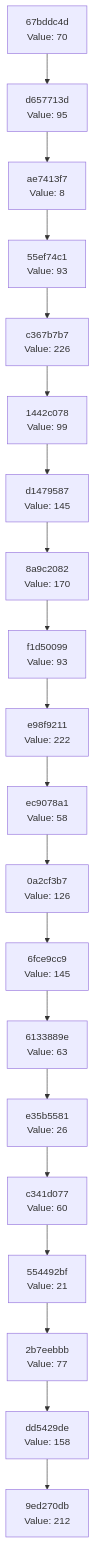
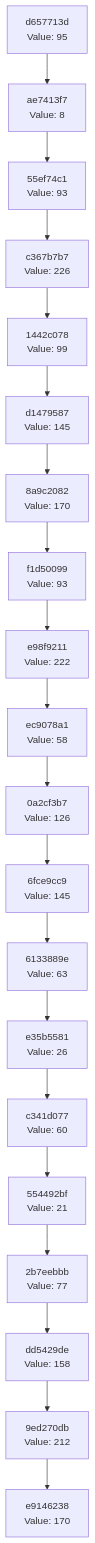
One commit to Abhisheksinha1506/hash-chain-evolver changed the diagram in docs/CHAIN_VISUALIZATION.md. Above: the diagram before and after it, drawn with Mermaid. The commit also changed 3 other files, not shown here.

````diff
--- a/docs/CHAIN_VISUALIZATION.md
+++ b/docs/CHAIN_VISUALIZATION.md
@@ -3,42 +3,42 @@
 ```mermaid
 graph TD
-    C0["9ed270db<br/>Value: 212"]
-    C1["dd5429de<br/>Value: 158"]
+    C0["e9146238<br/>Value: 170"]
+    C1["9ed270db<br/>Value: 212"]
     C1 --> C0
-    C2["2b7eebbb<br/>Value: 77"]
+    C2["dd5429de<br/>Value: 158"]
     C2 --> C1
-    C3["554492bf<br/>Value: 21"]
+    C3["2b7eebbb<br/>Value: 77"]
     C3 --> C2
-    C4["c341d077<br/>Value: 60"]
+    C4["554492bf<br/>Value: 21"]
     C4 --> C3
-    C5["e35b5581<br/>Value: 26"]
+    C5["c341d077<br/>Value: 60"]
     C5 --> C4
-    C6["6133889e<br/>Value: 63"]
+    C6["e35b5581<br/>Value: 26"]
     C6 --> C5
-    C7["6fce9cc9<br/>Value: 145"]
+    C7["6133889e<br/>Value: 63"]
     C7 --> C6
-    C8["0a2cf3b7<br/>Value: 126"]
+    C8["6fce9cc9<br/>Value: 145"]
     C8 --> C7
-    C9["ec9078a1<br/>Value: 58"]
+    C9["0a2cf3b7<br/>Value: 126"]
     C9 --> C8
-    C10["e98f9211<br/>Value: 222"]
+    C10["ec9078a1<br/>Value: 58"]
     C10 --> C9
-    C11["f1d50099<br/>Value: 93"]
+    C11["e98f9211<br/>Value: 222"]
     C11 --> C10
-    C12["8a9c2082<br/>Value: 170"]
+    C12["f1d50099<br/>Value: 93"]
     C12 --> C11
-    C13["d1479587<br/>Value: 145"]
+    C13["8a9c2082<br/>Value: 170"]
     C13 --> C12
-    C14["1442c078<br/>Value: 99"]
+    C14["d1479587<br/>Value: 145"]
     C14 --> C13
-    C15["c367b7b7<br/>Value: 226"]
+    C15["1442c078<br/>Value: 99"]
     C15 --> C14
-    C16["55ef74c1<br/>Value: 93"]
+    C16["c367b7b7<br/>Value: 226"]
     C16 --> C15
-    C17["ae7413f7<br/>Value: 8"]
+    C17["55ef74c1<br/>Value: 93"]
     C17 --> C16
-    C18["d657713d<br/>Value: 95"]
+    C18["ae7413f7<br/>Value: 8"]
     C18 --> C17
-    C19["67bddc4d<br/>Value: 70"]
+    C19["d657713d<br/>Value: 95"]
     C19 --> C18
 ```
````
